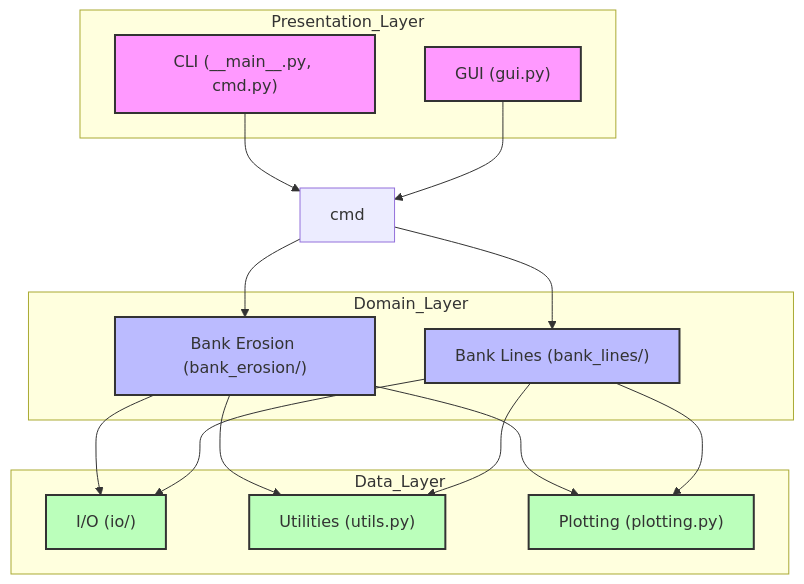
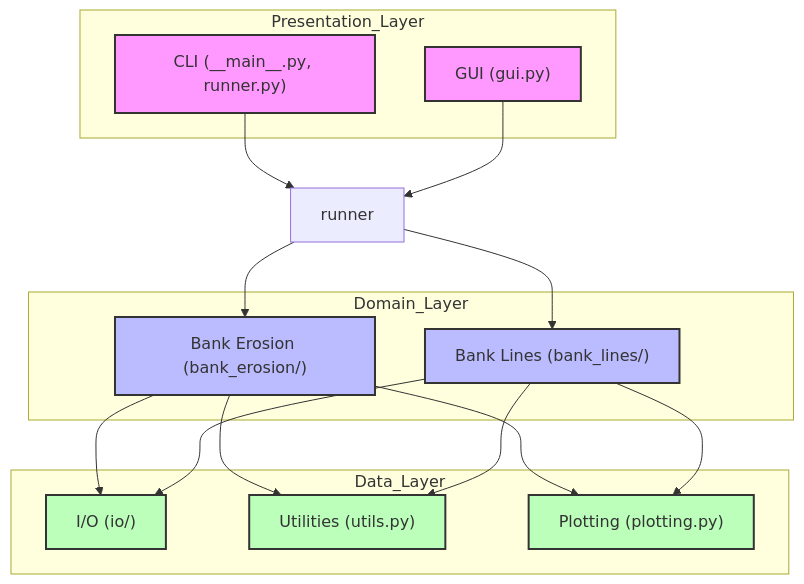
One commit to Deltares/D-FAST_Bank_Erosion changed the first of 4 diagrams in docs/mkdocs/architecture-design/main-components.md. Above: the diagram before and after it, drawn with Mermaid. The commit also changed other lines of this file and 42 other files, not shown here.

First line of the commit message:
refactor(gui): Refactor GUI architecture (#180)

````diff
--- a/docs/mkdocs/architecture-design/main-components.md
+++ b/docs/mkdocs/architecture-design/main-components.md
@@ -49,40 +49,40 @@
 ```mermaid
 graph TD
     subgraph Presentation_Layer
         GUI["GUI (gui.py)"]
-        CLI["CLI (__main__.py, cmd.py)"]
+        CLI["CLI (__main__.py, runner.py)"]
     end
 
     subgraph Domain_Layer
         BankErosion["Bank Erosion (bank_erosion/)"]
         BankLines["Bank Lines (bank_lines/)"]
     end
 
     subgraph Data_Layer
         IO["I/O (io/)"]
         Utils["Utilities (utils.py)"]
         Plotting["Plotting (plotting.py)"]
     end
 
-    CLI --> cmd
-    GUI --> cmd
+    CLI --> runner
+    GUI --> runner
 
-    cmd --> BankErosion
-    cmd --> BankLines
+    runner --> BankErosion
+    runner --> BankLines
 
     BankErosion --> IO
     BankErosion --> Utils
     BankErosion --> Plotting
 
     BankLines --> IO
     BankLines --> Utils
     BankLines --> Plotting
 
     classDef core fill:#f9f,stroke:#333,stroke-width:2px
     classDef domain fill:#bbf,stroke:#333,stroke-width:2px
     classDef data fill:#bfb,stroke:#333,stroke-width:2px
 
     class GUI,CLI core
     class BankErosion,BankLines domain
     class IO,Utils,Plotting data
 ```
````
